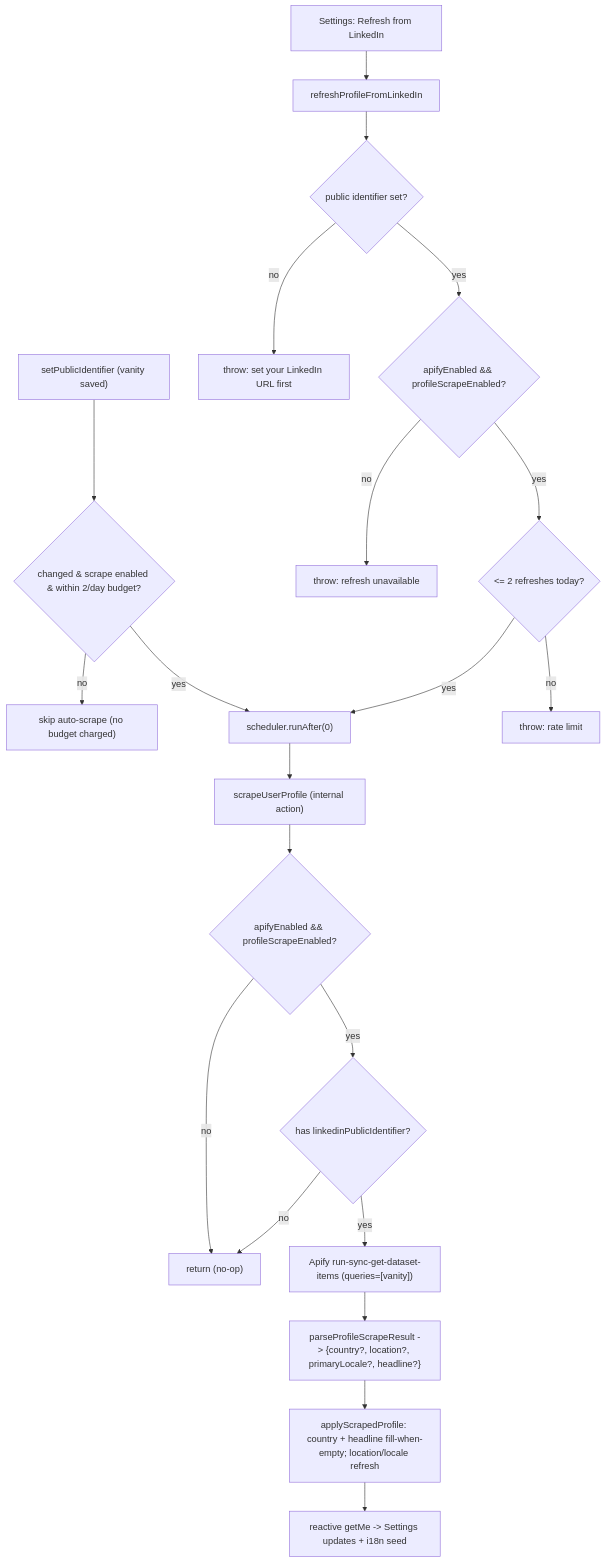
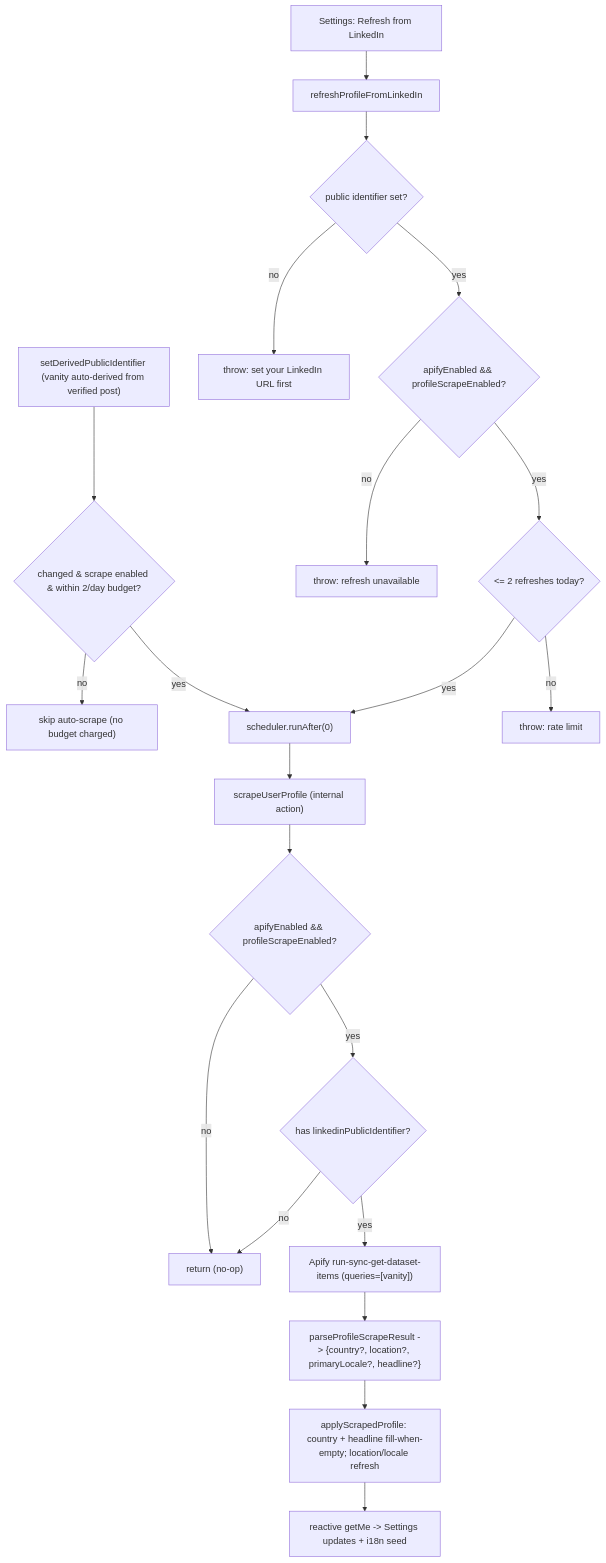
Before and after one commit to henriko202/glowing-octo-guide: diagram 16 of 21 in docs/PLATFORM.md, drawn with Mermaid. The commit also changed other lines of this file and 32 other files, not shown here.

First line of the commit message:
feat(onboarding): replace LinkedIn identifier step with first-post prompt

````diff
--- a/docs/PLATFORM.md
+++ b/docs/PLATFORM.md
@@ -1610,23 +1618,23 @@
 ```mermaid
 flowchart TD
-  T1["setPublicIdentifier (vanity saved)"] --> CHG{"changed & scrape enabled & within 2/day budget?"}
+  T1["setDerivedPublicIdentifier (vanity auto-derived from verified post)"] --> CHG{"changed & scrape enabled & within 2/day budget?"}
   CHG -->|no| SKIP["skip auto-scrape (no budget charged)"]
   CHG -->|yes| SCH["scheduler.runAfter(0)"]
   T2["Settings: Refresh from LinkedIn"] --> RF["refreshProfileFromLinkedIn"]
   RF --> G0{"public identifier set?"}
   G0 -->|no| ERRP["throw: set your LinkedIn URL first"]
   G0 -->|yes| GF{"apifyEnabled && profileScrapeEnabled?"}
   GF -->|no| ERR["throw: refresh unavailable"]
   GF -->|yes| RL{"<= 2 refreshes today?"}
   RL -->|no| ERRL["throw: rate limit"]
   RL -->|yes| SCH
   SCH --> ACT["scrapeUserProfile (internal action)"]
   ACT --> GATE{"apifyEnabled && profileScrapeEnabled?"}
   GATE -->|no| STOP["return (no-op)"]
   GATE -->|yes| PID{"has linkedinPublicIdentifier?"}
   PID -->|no| STOP
   PID -->|yes| API["Apify run-sync-get-dataset-items (queries=[vanity])"]
   API --> PARSE["parseProfileScrapeResult -> {country?, location?, primaryLocale?, headline?}"]
   PARSE --> APPLY["applyScrapedProfile: country + headline fill-when-empty; location/locale refresh"]
   APPLY --> REACT["reactive getMe -> Settings updates + i18n seed"]
 ```
````
